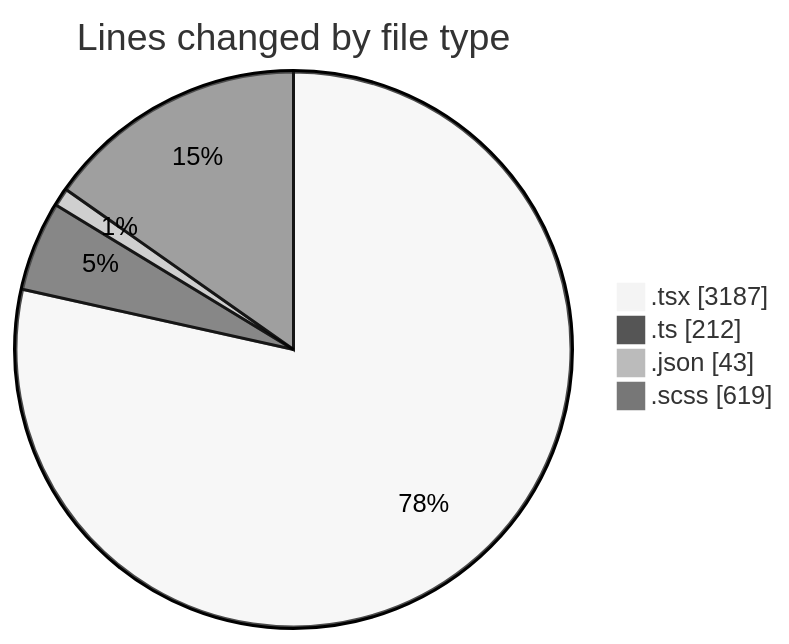
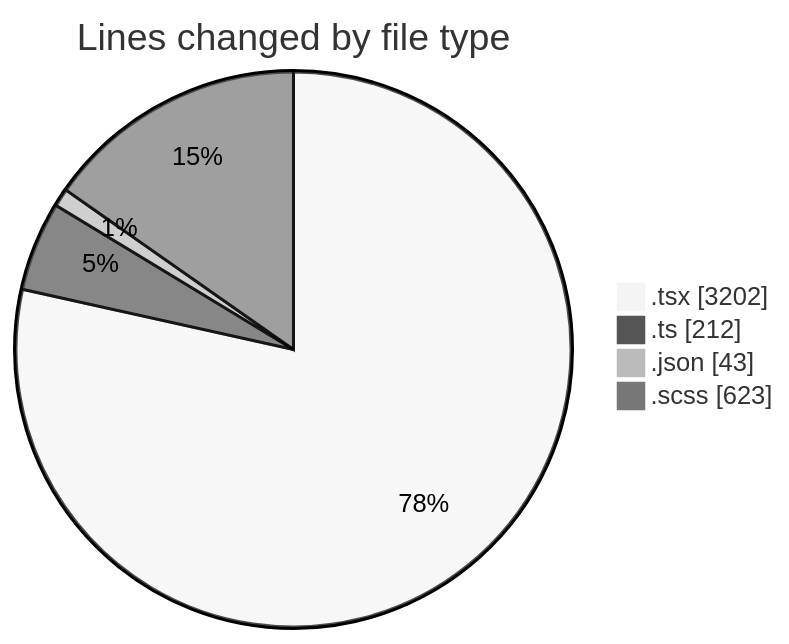
The first of 2 diagrams in 2025-09-23/cda/README.md (momahboobian/code-tracking), drawn with Mermaid (neutral theme) before and after one commit. The commit also changed other lines of this file and 1 other file, not shown here.

````diff
--- a/2025-09-23/cda/README.md
+++ b/2025-09-23/cda/README.md
@@ -31,8 +31,8 @@
 ```mermaid
 pie showData
 title Lines changed by file type
-".tsx" : 3187
+".tsx" : 3202
 ".ts" : 212
 ".json" : 43
-".scss" : 619
+".scss" : 623
 ```
````
